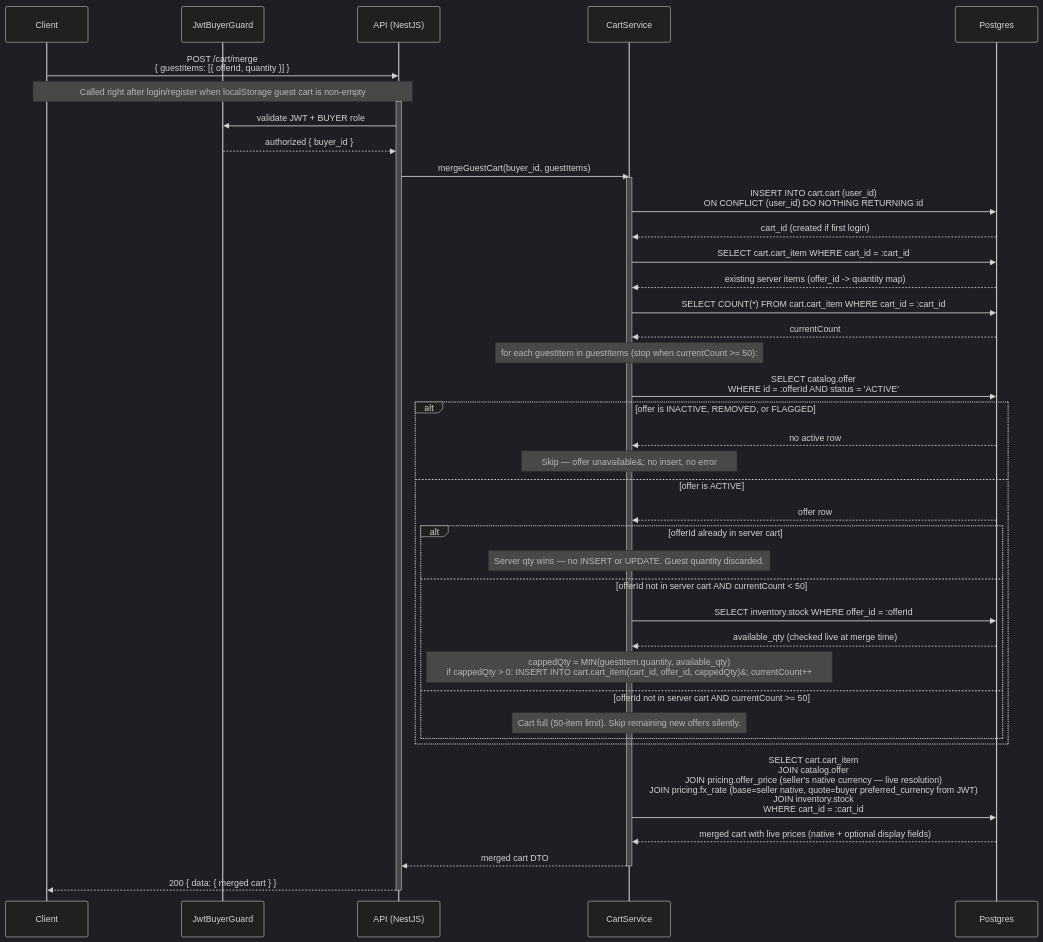
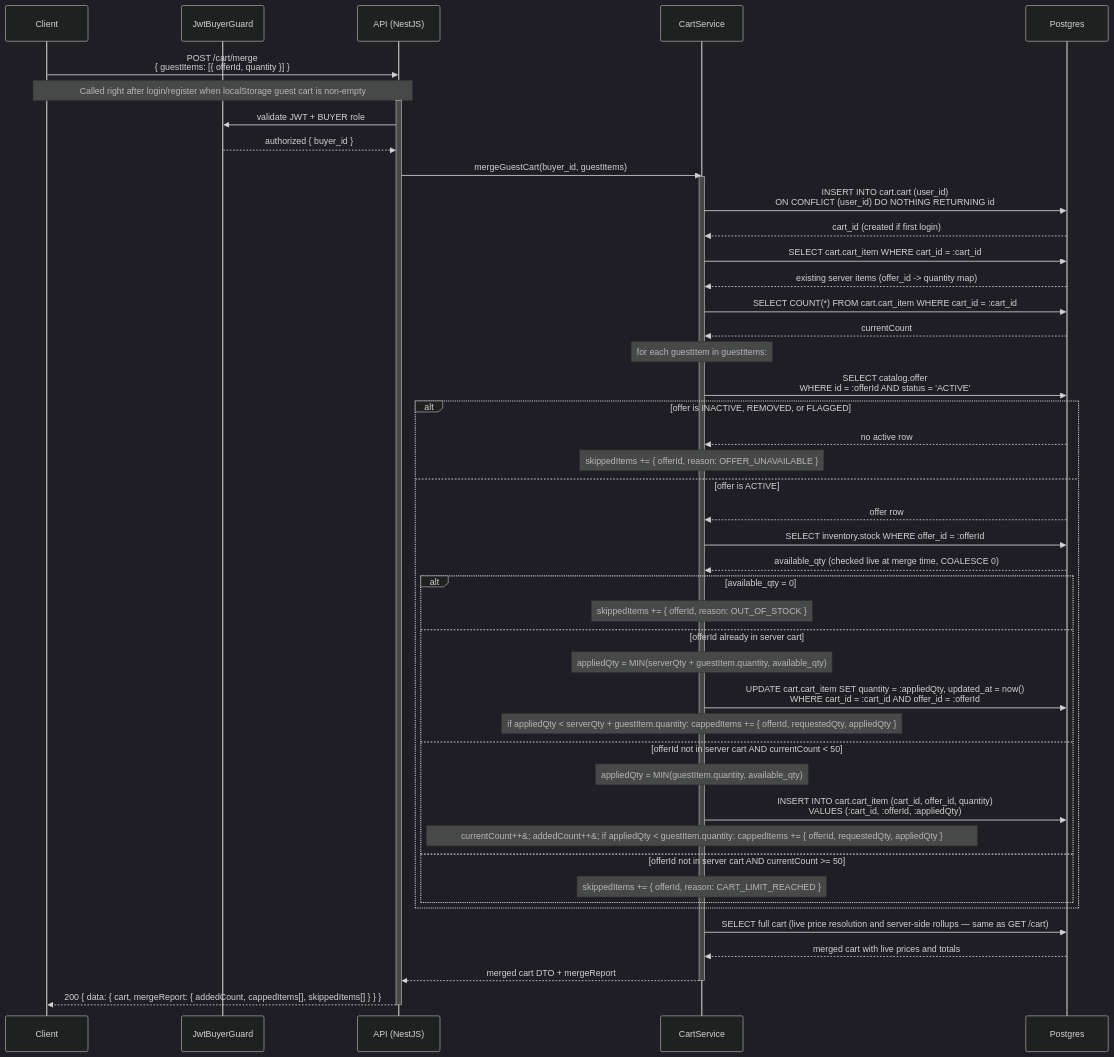
Before and after one commit to alisa-uthi/aliceut-ecom-document: the sixth of 6 diagrams in phase-1/technical-design/api-design/cart.md, drawn with Mermaid (dark theme). The commit also changed other lines of this file and 73 other files, not shown here.

````diff
--- a/phase-1/technical-design/api-design/cart.md
+++ b/phase-1/technical-design/api-design/cart.md
@@ -352,48 +415,54 @@
 ```mermaid
 sequenceDiagram
     participant C as Client
     participant G as JwtBuyerGuard
     participant A as API (NestJS)
     participant S as CartService
     participant P as Postgres
 
     C->>A: POST /cart/merge<br/>{ guestItems: [{ offerId, quantity }] }
     Note over C,A: Called right after login/register when localStorage guest cart is non-empty
     activate A
     A->>G: validate JWT + BUYER role
     G-->>A: authorized { buyer_id }
     A->>S: mergeGuestCart(buyer_id, guestItems)
     activate S
     S->>P: INSERT INTO cart.cart (user_id)<br/>ON CONFLICT (user_id) DO NOTHING RETURNING id
     P-->>S: cart_id (created if first login)
     S->>P: SELECT cart.cart_item WHERE cart_id = :cart_id
     P-->>S: existing server items (offer_id -> quantity map)
 
     S->>P: SELECT COUNT(*) FROM cart.cart_item WHERE cart_id = :cart_id
     P-->>S: currentCount
 
-    Note over S: for each guestItem in guestItems (stop when currentCount >= 50):
+    Note over S: for each guestItem in guestItems:
     S->>P: SELECT catalog.offer<br/>WHERE id = :offerId AND status = 'ACTIVE'
     alt offer is INACTIVE, REMOVED, or FLAGGED
         P-->>S: no active row
-        Note over S: Skip — offer unavailable&#59; no insert, no error
+        Note over S: skippedItems += { offerId, reason: OFFER_UNAVAILABLE }
     else offer is ACTIVE
         P-->>S: offer row
-        alt offerId already in server cart
-            Note over S: Server qty wins — no INSERT or UPDATE. Guest quantity discarded.
+        S->>P: SELECT inventory.stock WHERE offer_id = :offerId
+        P-->>S: available_qty (checked live at merge time, COALESCE 0)
+        alt available_qty = 0
+            Note over S: skippedItems += { offerId, reason: OUT_OF_STOCK }
+        else offerId already in server cart
+            Note over S: appliedQty = MIN(serverQty + guestItem.quantity, available_qty)
+            S->>P: UPDATE cart.cart_item SET quantity = :appliedQty, updated_at = now()<br/>WHERE cart_id = :cart_id AND offer_id = :offerId
+            Note over S: if appliedQty < serverQty + guestItem.quantity: cappedItems += { offerId, requestedQty, appliedQty }
         else offerId not in server cart AND currentCount < 50
-            S->>P: SELECT inventory.stock WHERE offer_id = :offerId
-            P-->>S: available_qty (checked live at merge time)
-            Note over S: cappedQty = MIN(guestItem.quantity, available_qty)<br/>if cappedQty > 0: INSERT INTO cart.cart_item(cart_id, offer_id, cappedQty)&#59; currentCount++
+            Note over S: appliedQty = MIN(guestItem.quantity, available_qty)
+            S->>P: INSERT INTO cart.cart_item (cart_id, offer_id, quantity)<br/>VALUES (:cart_id, :offerId, :appliedQty)
+            Note over S: currentCount++&#59; addedCount++&#59; if appliedQty < guestItem.quantity: cappedItems += { offerId, requestedQty, appliedQty }
         else offerId not in server cart AND currentCount >= 50
-            Note over S: Cart full (50-item limit). Skip remaining new offers silently.
+            Note over S: skippedItems += { offerId, reason: CART_LIMIT_REACHED }
         end
     end
 
-    S->>P: SELECT cart.cart_item<br/>JOIN catalog.offer<br/>JOIN pricing.offer_price (seller's native currency — live resolution)<br/>JOIN pricing.fx_rate (base=seller native, quote=buyer preferred_currency from JWT)<br/>JOIN inventory.stock<br/>WHERE cart_id = :cart_id
-    P-->>S: merged cart with live prices (native + optional display fields)
-    S-->>A: merged cart DTO
+    S->>P: SELECT full cart (live price resolution and server-side rollups — same as GET /cart)
+    P-->>S: merged cart with live prices and totals
+    S-->>A: merged cart DTO + mergeReport
     deactivate S
-    A-->>C: 200 { data: { merged cart } }
+    A-->>C: 200 { data: { cart, mergeReport: { addedCount, cappedItems[], skippedItems[] } } }
     deactivate A
 ```
````
